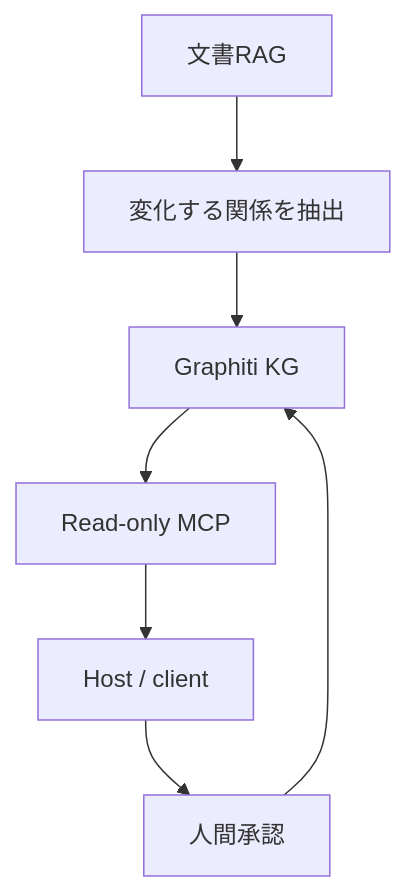
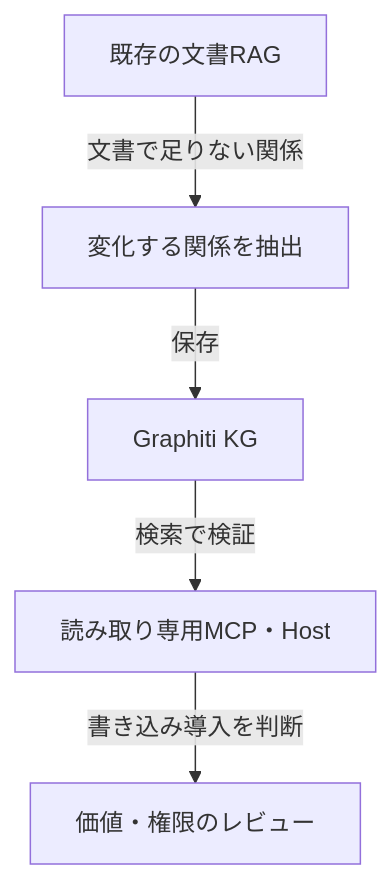
The fifth of 5 diagrams in articles/report/graphiti-mcp-memory/ja/index.mdx (daylight55/research), drawn with Mermaid before and after one commit. The commit also changed other lines of this file and 181 other files, not shown here.

First line of the commit message:
全記事の図解368点を再生成し、共通注意書きを削除 (#402)

````diff
--- a/articles/report/graphiti-mcp-memory/ja/index.mdx
+++ b/articles/report/graphiti-mcp-memory/ja/index.mdx
@@ -242,9 +268,14 @@
 ```mermaid
 flowchart TD
-  A["文書RAG"] --> B["変化する関係を抽出"]
-  B --> C["Graphiti KG"]
-  C --> D["Read-only MCP"]
-  D --> E["Host / client"]
-  E --> F["人間承認"]
-  F --> C
+  accTitle: 文書RAGから読み取り専用の実証へ進む
+  accDescr: 変化する関係を抽出してグラフ化し、読み取り専用接続で価値を確かめてから書き込み権限を検討する。
+  N0["既存の文書RAG"]
+  N1["変化する関係を抽出"]
+  N2["Graphiti KG"]
+  N3["読み取り専用MCP・Host"]
+  N4["価値・権限のレビュー"]
+  N0 -->|文書で足りない関係| N1
+  N1 -->|保存| N2
+  N2 -->|検索で検証| N3
+  N3 -->|書き込み導入を判断| N4
 ```
````
